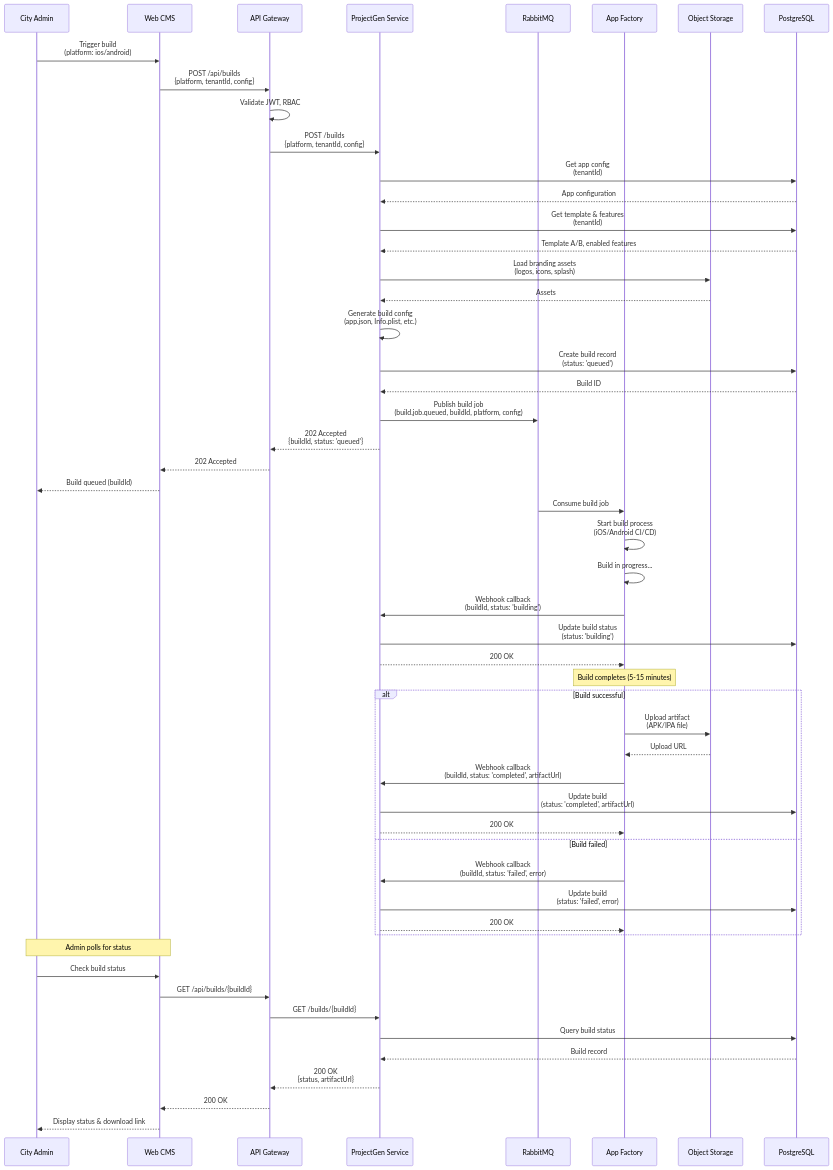
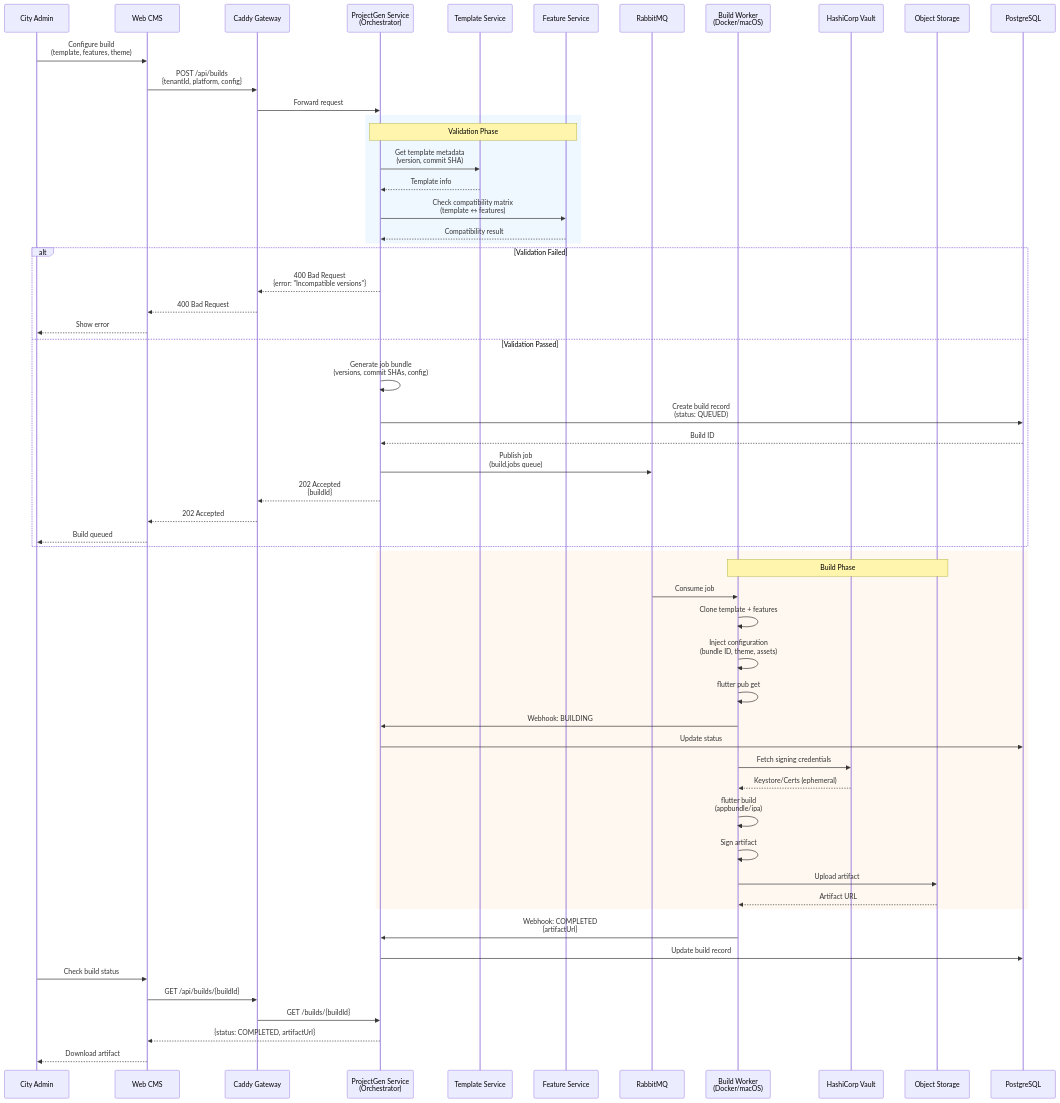
One commit to The-Heidi-Suite/heidi.microservices changed the tenth of 26 diagrams in docs/planned/architecture.md. Above: the diagram before and after it, drawn with Mermaid. The commit also changed other lines of this file and 1 other file, not shown here.

First line of the commit message:
docs: add HEIDI App Factory Process documentation

````diff
--- a/docs/planned/architecture.md
+++ b/docs/planned/architecture.md
@@ -789,70 +831,66 @@
 ```mermaid
 sequenceDiagram
     participant Admin as City Admin
     participant CMS as Web CMS
-    participant Gateway as API Gateway
-    participant ProjectGen as ProjectGen Service
+    participant Gateway as Caddy Gateway
+    participant ProjectGen as ProjectGen Service<br/>(Orchestrator)
+    participant Template as Template Service
+    participant Feature as Feature Service
     participant RabbitMQ
-    participant AppFactory as App Factory
+    participant Worker as Build Worker<br/>(Docker/macOS)
+    participant Vault as HashiCorp Vault
     participant S3 as Object Storage
     participant Postgres as PostgreSQL
 
-    Admin->>CMS: Trigger build<br/>(platform: ios/android)
-    CMS->>Gateway: POST /api/builds<br/>{platform, tenantId, config}
-    Gateway->>Gateway: Validate JWT, RBAC
-    Gateway->>ProjectGen: POST /builds<br/>{platform, tenantId, config}
+    Admin->>CMS: Configure build<br/>(template, features, theme)
+    CMS->>Gateway: POST /api/builds<br/>{tenantId, platform, config}
+    Gateway->>ProjectGen: Forward request
 
-    ProjectGen->>Postgres: Get app config<br/>(tenantId)
-    Postgres-->>ProjectGen: App configuration
-
-    ProjectGen->>Postgres: Get template & features<br/>(tenantId)
-    Postgres-->>ProjectGen: Template A/B, enabled features
-
-    ProjectGen->>S3: Load branding assets<br/>(logos, icons, splash)
-    S3-->>ProjectGen: Assets
-
-    ProjectGen->>ProjectGen: Generate build config<br/>(app.json, Info.plist, etc.)
-
-    ProjectGen->>Postgres: Create build record<br/>(status: 'queued')
-    Postgres-->>ProjectGen: Build ID
-
-    ProjectGen->>RabbitMQ: Publish build job<br/>(build.job.queued, buildId, platform, config)
-
-    ProjectGen-->>Gateway: 202 Accepted<br/>{buildId, status: 'queued'}
-    Gateway-->>CMS: 202 Accepted
-    CMS-->>Admin: Build queued (buildId)
-
-    RabbitMQ->>AppFactory: Consume build job
-    AppFactory->>AppFactory: Start build process<br/>(iOS/Android CI/CD)
-
-    AppFactory->>AppFactory: Build in progress...
-    AppFactory->>ProjectGen: Webhook callback<br/>(buildId, status: 'building')
-
-    ProjectGen->>Postgres: Update build status<br/>(status: 'building')
-    ProjectGen-->>AppFactory: 200 OK
-
-    Note over AppFactory: Build completes (5-15 minutes)
-
-    alt Build successful
-        AppFactory->>S3: Upload artifact<br/>(APK/IPA file)
-        S3-->>AppFactory: Upload URL
-        AppFactory->>ProjectGen: Webhook callback<br/>(buildId, status: 'completed', artifactUrl)
-        ProjectGen->>Postgres: Update build<br/>(status: 'completed', artifactUrl)
-        ProjectGen-->>AppFactory: 200 OK
-    else Build failed
-        AppFactory->>ProjectGen: Webhook callback<br/>(buildId, status: 'failed', error)
-        ProjectGen->>Postgres: Update build<br/>(status: 'failed', error)
-        ProjectGen-->>AppFactory: 200 OK
+    rect rgb(240, 248, 255)
+        Note over ProjectGen,Feature: Validation Phase
+        ProjectGen->>Template: Get template metadata<br/>(version, commit SHA)
+        Template-->>ProjectGen: Template info
+        ProjectGen->>Feature: Check compatibility matrix<br/>(template ↔ features)
+        Feature-->>ProjectGen: Compatibility result
     end
 
-    Note over Admin,CMS: Admin polls for status
+    alt Validation Failed
+        ProjectGen-->>Gateway: 400 Bad Request<br/>{error: "Incompatible versions"}
+        Gateway-->>CMS: 400 Bad Request
+        CMS-->>Admin: Show error
+    else Validation Passed
+        ProjectGen->>ProjectGen: Generate job bundle<br/>(versions, commit SHAs, config)
+        ProjectGen->>Postgres: Create build record<br/>(status: QUEUED)
+        Postgres-->>ProjectGen: Build ID
+        ProjectGen->>RabbitMQ: Publish job<br/>(build.jobs queue)
+        ProjectGen-->>Gateway: 202 Accepted<br/>{buildId}
+        Gateway-->>CMS: 202 Accepted
+        CMS-->>Admin: Build queued
+    end
+
+    rect rgb(255, 248, 240)
+        Note over Worker,S3: Build Phase
+        RabbitMQ->>Worker: Consume job
+        Worker->>Worker: Clone template + features
+        Worker->>Worker: Inject configuration<br/>(bundle ID, theme, assets)
+        Worker->>Worker: flutter pub get
+        Worker->>ProjectGen: Webhook: BUILDING
+        ProjectGen->>Postgres: Update status
+
+        Worker->>Vault: Fetch signing credentials
+        Vault-->>Worker: Keystore/Certs (ephemeral)
+        Worker->>Worker: flutter build<br/>(appbundle/ipa)
+        Worker->>Worker: Sign artifact
+        Worker->>S3: Upload artifact
+        S3-->>Worker: Artifact URL
+    end
+
+    Worker->>ProjectGen: Webhook: COMPLETED<br/>{artifactUrl}
+    ProjectGen->>Postgres: Update build record
 
     Admin->>CMS: Check build status
     CMS->>Gateway: GET /api/builds/{buildId}
     Gateway->>ProjectGen: GET /builds/{buildId}
-    ProjectGen->>Postgres: Query build status
-    Postgres-->>ProjectGen: Build record
-    ProjectGen-->>Gateway: 200 OK<br/>{status, artifactUrl}
-    Gateway-->>CMS: 200 OK
-    CMS-->>Admin: Display status & download link
+    ProjectGen-->>CMS: {status: COMPLETED, artifactUrl}
+    CMS-->>Admin: Download artifact
 ```
````
